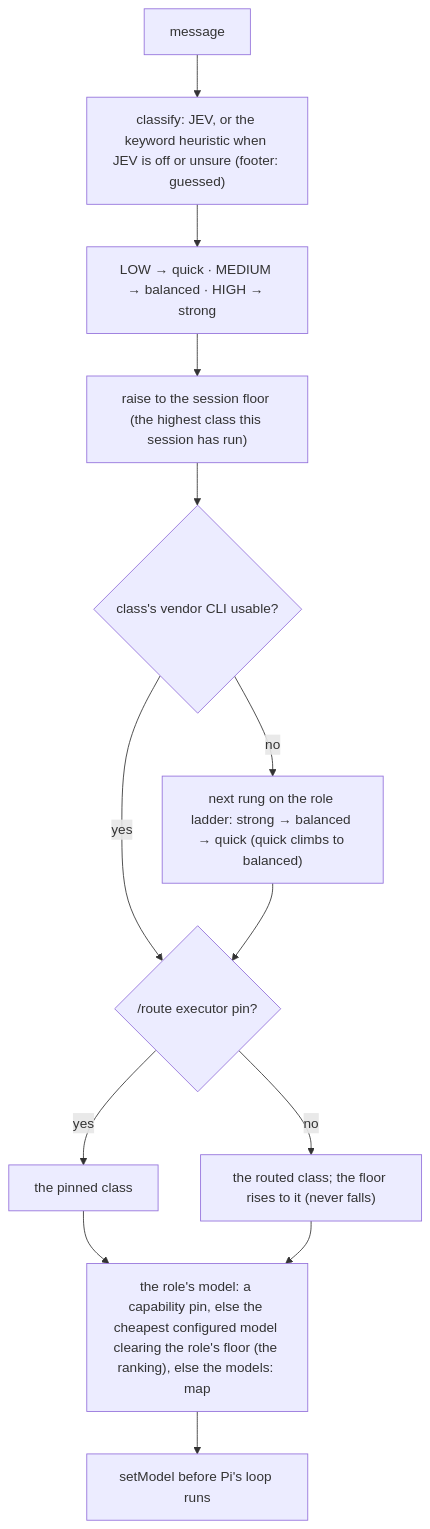
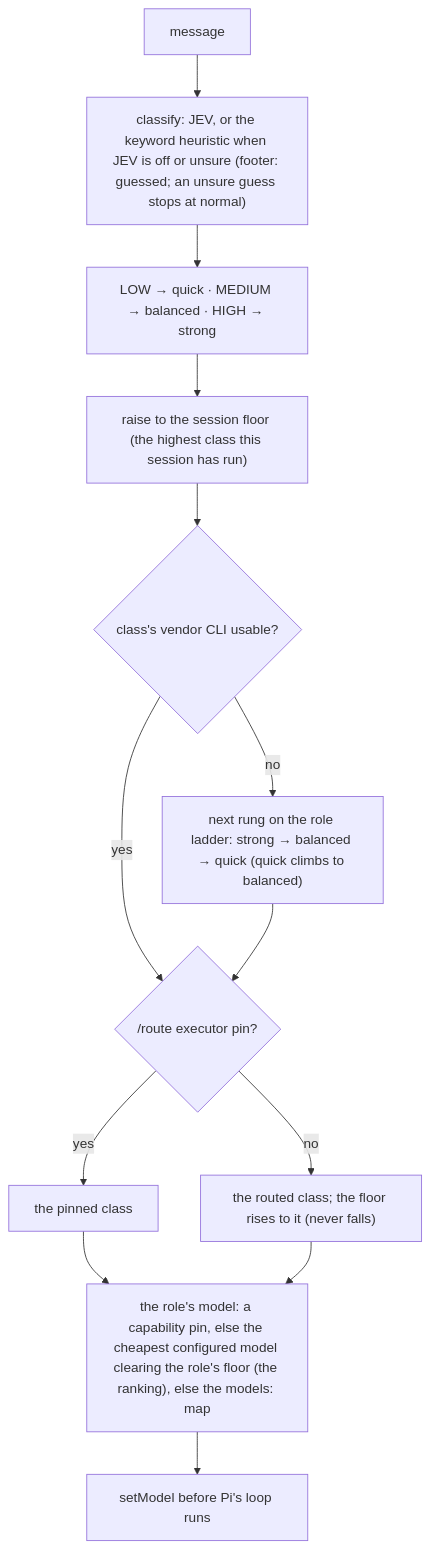
Before and after one commit to jonit-dev/lean-pi: the first of 3 diagrams in docs/systems/model-modes.md, drawn with Mermaid. The commit also changed other lines of this file and 6 other files, not shown here.

First line of the commit message:
fix(routing): an unsure keyword guess no longer sends a turn to the hard-task CLI; CLI pins say they are the CLI

````diff
--- a/docs/systems/model-modes.md
+++ b/docs/systems/model-modes.md
@@ -27,15 +27,15 @@
 ```mermaid
 flowchart TD
-    M[message] --> C["classify: JEV, or the keyword heuristic when JEV is off or unsure (footer: guessed)"]
+    M[message] --> C["classify: JEV, or the keyword heuristic when JEV is off or unsure (footer: guessed; an unsure guess stops at normal)"]
     C --> X["LOW → quick · MEDIUM → balanced · HIGH → strong"]
     X --> F["raise to the session floor (the highest class this session has run)"]
     F --> U{class's vendor CLI usable?}
     U -- no --> D["next rung on the role ladder: strong → balanced → quick (quick climbs to balanced)"]
     U -- yes --> P
     D --> P{"/route executor pin?"}
     P -- yes --> R[the pinned class]
     P -- no --> R2["the routed class; the floor rises to it (never falls)"]
     R --> B["the role's model: a capability pin, else the cheapest configured model clearing the role's floor (the ranking), else the models: map"]
     R2 --> B
     B --> S["setModel before Pi's loop runs"]
 ```
````
